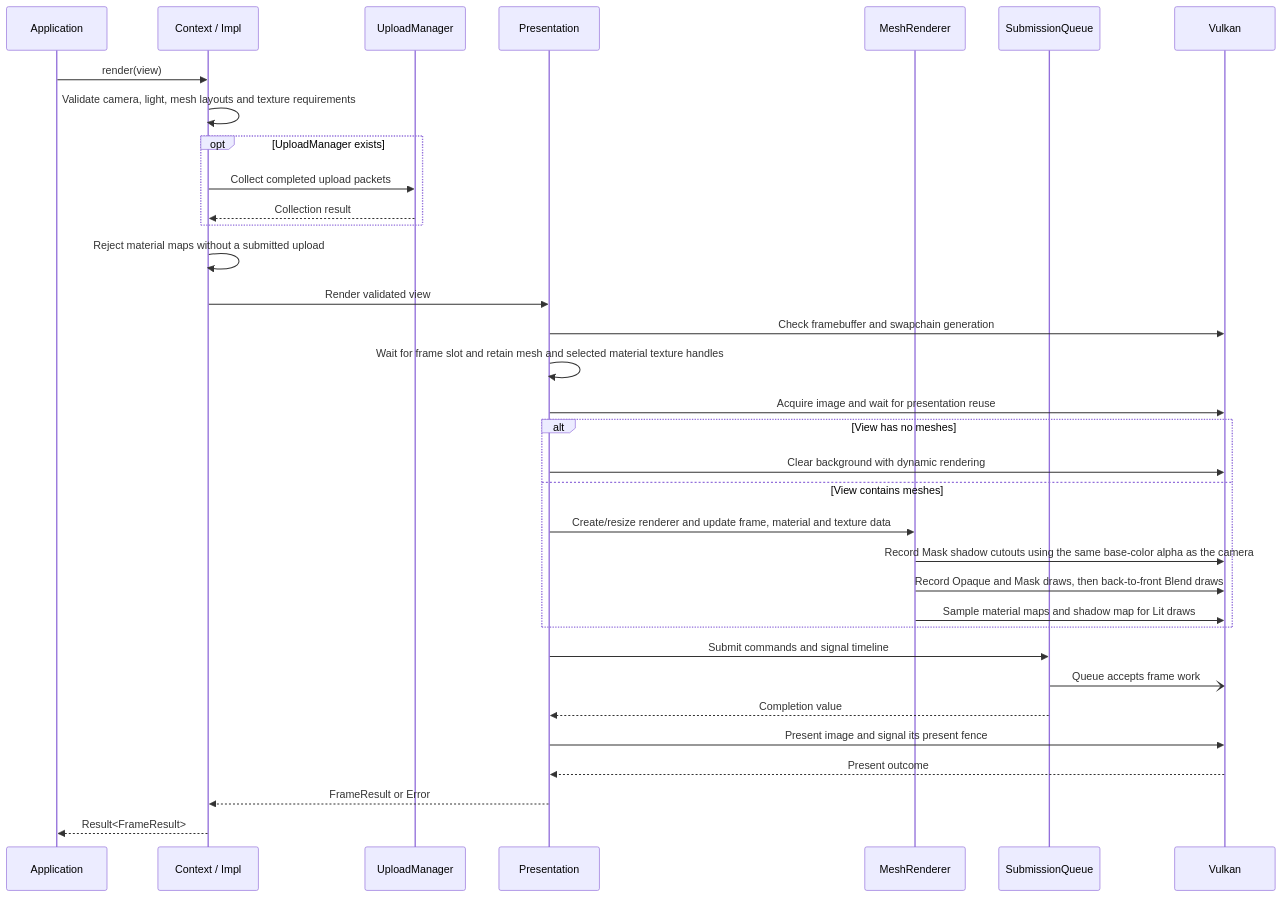
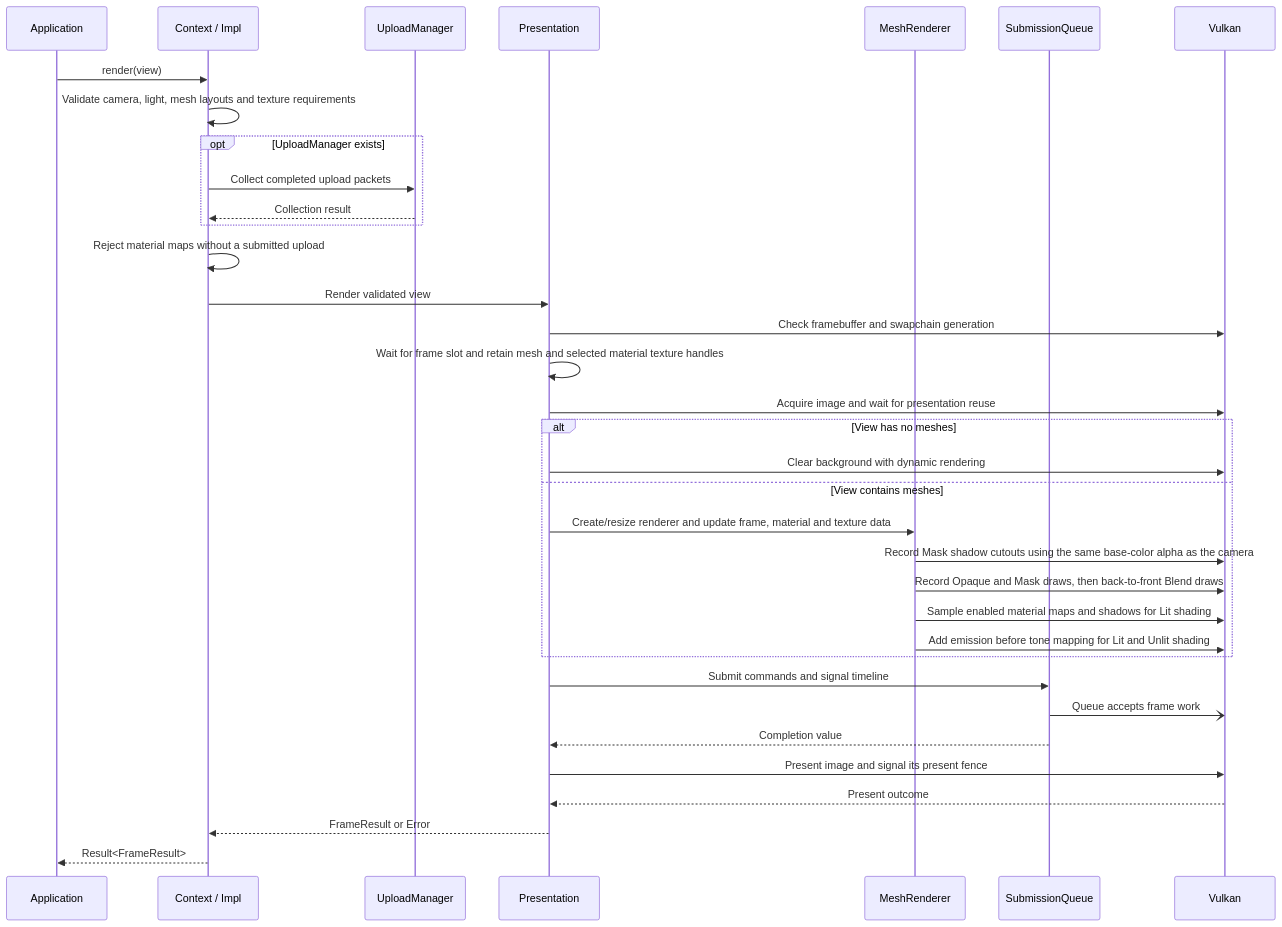
One commit to a-soltysik/Panda changed the diagram in docs/use-cases/render-view.md. Above: the diagram before and after it, drawn with Mermaid. The commit also changed other lines of this file and 12 other files, not shown here.

````diff
--- a/docs/use-cases/render-view.md
+++ b/docs/use-cases/render-view.md
@@ -73,36 +76,37 @@
 ```mermaid
 sequenceDiagram
     participant A as Application
     participant C as Context / Impl
     participant U as UploadManager
     participant P as Presentation
     participant R as MeshRenderer
     participant Q as SubmissionQueue
     participant V as Vulkan
     A->>C: render(view)
     C->>C: Validate camera, light, mesh layouts and texture requirements
     opt UploadManager exists
         C->>U: Collect completed upload packets
         U-->>C: Collection result
     end
     C->>C: Reject material maps without a submitted upload
     C->>P: Render validated view
     P->>V: Check framebuffer and swapchain generation
     P->>P: Wait for frame slot and retain mesh and selected material texture handles
     P->>V: Acquire image and wait for presentation reuse
     alt View has no meshes
         P->>V: Clear background with dynamic rendering
     else View contains meshes
         P->>R: Create/resize renderer and update frame, material and texture data
         R->>V: Record Mask shadow cutouts using the same base-color alpha as the camera
         R->>V: Record Opaque and Mask draws, then back-to-front Blend draws
-    R->>V: Sample material maps and shadow map for Lit draws
+        R->>V: Sample enabled material maps and shadows for Lit shading
+        R->>V: Add emission before tone mapping for Lit and Unlit shading
     end
     P->>Q: Submit commands and signal timeline
     Q-)V: Queue accepts frame work
     Q-->>P: Completion value
     P->>V: Present image and signal its present fence
     V-->>P: Present outcome
     P-->>C: FrameResult or Error
     C-->>A: Result<FrameResult>
 ```
````
